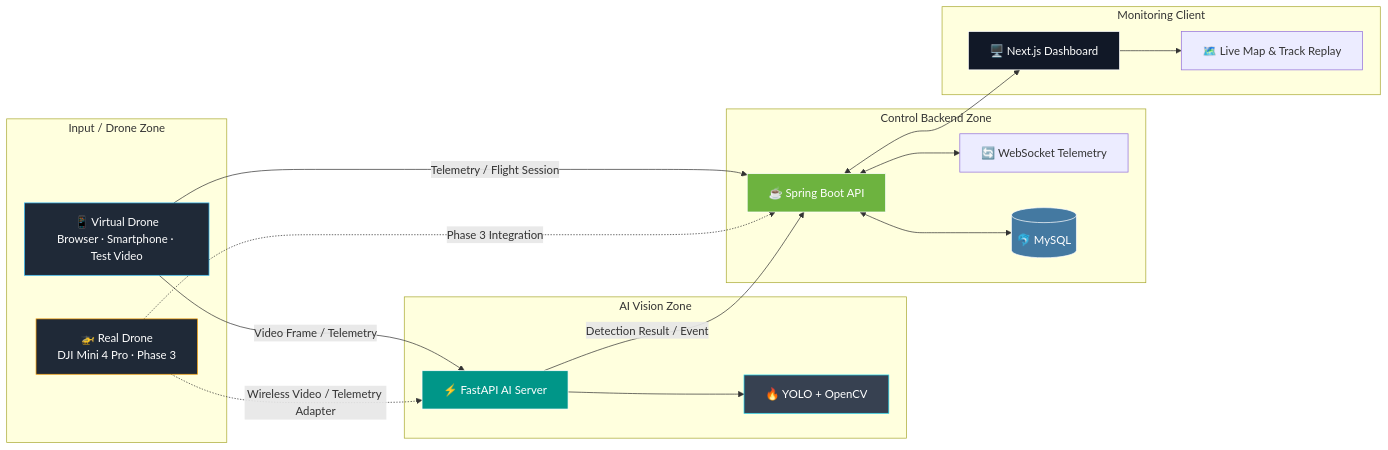
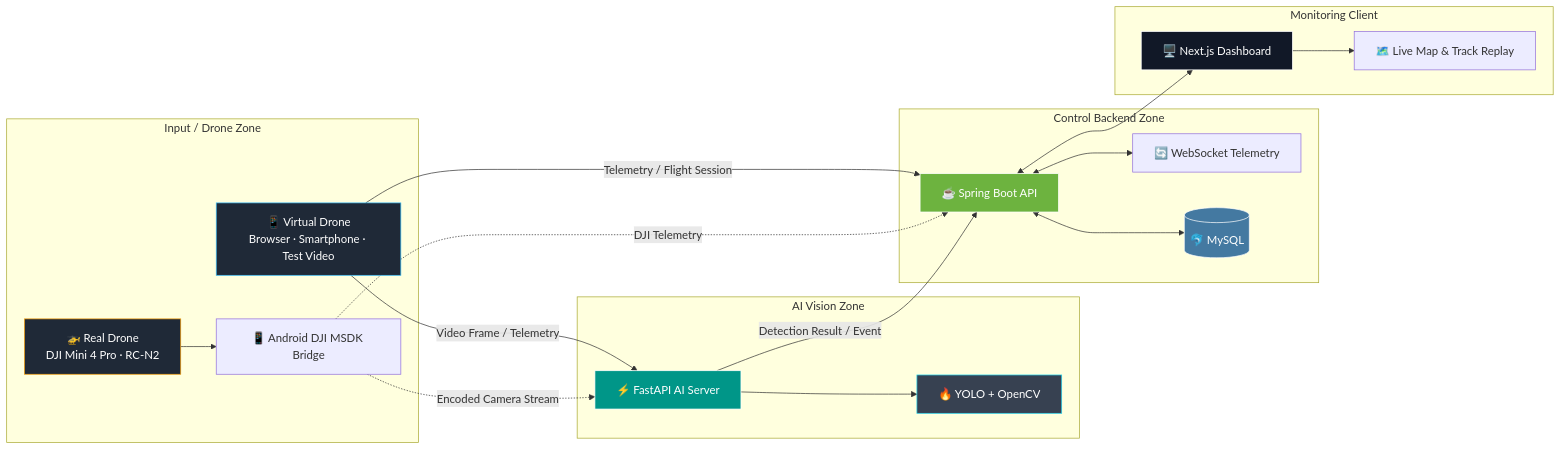
One commit to automaster5013/VisionFlow-Drone changed the first of 2 diagrams in README.md. Above: the diagram before and after it, drawn with Mermaid. The commit also changed other lines of this file and 2 other files, not shown here.

Commit message:
docs: update phase3 kickoff plan and readiness baseline

````diff
--- a/README.md
+++ b/README.md
@@ -152,42 +162,44 @@
 ```mermaid
 graph LR
     subgraph Input["Input / Drone Zone"]
         VirtualDrone["📱 Virtual Drone<br/>Browser · Smartphone · Test Video"]
-        RealDrone["🚁 Real Drone<br/>DJI Mini 4 Pro · Phase 3"]
+        RealDrone["🚁 Real Drone<br/>DJI Mini 4 Pro · RC-N2"]
+        DjiBridge["📱 Android DJI MSDK Bridge"]
+        RealDrone --> DjiBridge
     end
 
     subgraph AI["AI Vision Zone"]
         FastAPI["⚡ FastAPI AI Server"]
         YOLO["🔥 YOLO + OpenCV"]
         FastAPI --> YOLO
     end
 
     subgraph Backend["Control Backend Zone"]
         SpringBoot["☕ Spring Boot API"]
         WebSocket["🔄 WebSocket Telemetry"]
         MySQL[("🐬 MySQL")]
         SpringBoot <--> WebSocket
         SpringBoot <--> MySQL
     end
 
     subgraph Client["Monitoring Client"]
         Dashboard["🖥️ Next.js Dashboard"]
         Map["🗺️ Live Map & Track Replay"]
         Dashboard --> Map
     end
 
     VirtualDrone -->|"Video Frame / Telemetry"| FastAPI
     VirtualDrone -->|"Telemetry / Flight Session"| SpringBoot
-    RealDrone -.->|"Wireless Video / Telemetry Adapter"| FastAPI
-    RealDrone -.->|"Phase 3 Integration"| SpringBoot
+    DjiBridge -.->|"Encoded Camera Stream"| FastAPI
+    DjiBridge -.->|"DJI Telemetry"| SpringBoot
     FastAPI -->|"Detection Result / Event"| SpringBoot
     SpringBoot <--> Dashboard
 
     style VirtualDrone fill:#1f2937,stroke:#38bdf8,color:#ffffff
     style RealDrone fill:#1f2937,stroke:#f59e0b,color:#ffffff
     style FastAPI fill:#009688,stroke:#ffffff,color:#ffffff
     style YOLO fill:#374151,stroke:#22d3ee,color:#ffffff
     style SpringBoot fill:#6DB33F,stroke:#ffffff,color:#ffffff
     style MySQL fill:#4479A1,stroke:#ffffff,color:#ffffff
     style Dashboard fill:#111827,stroke:#ffffff,color:#ffffff
 ```
````
